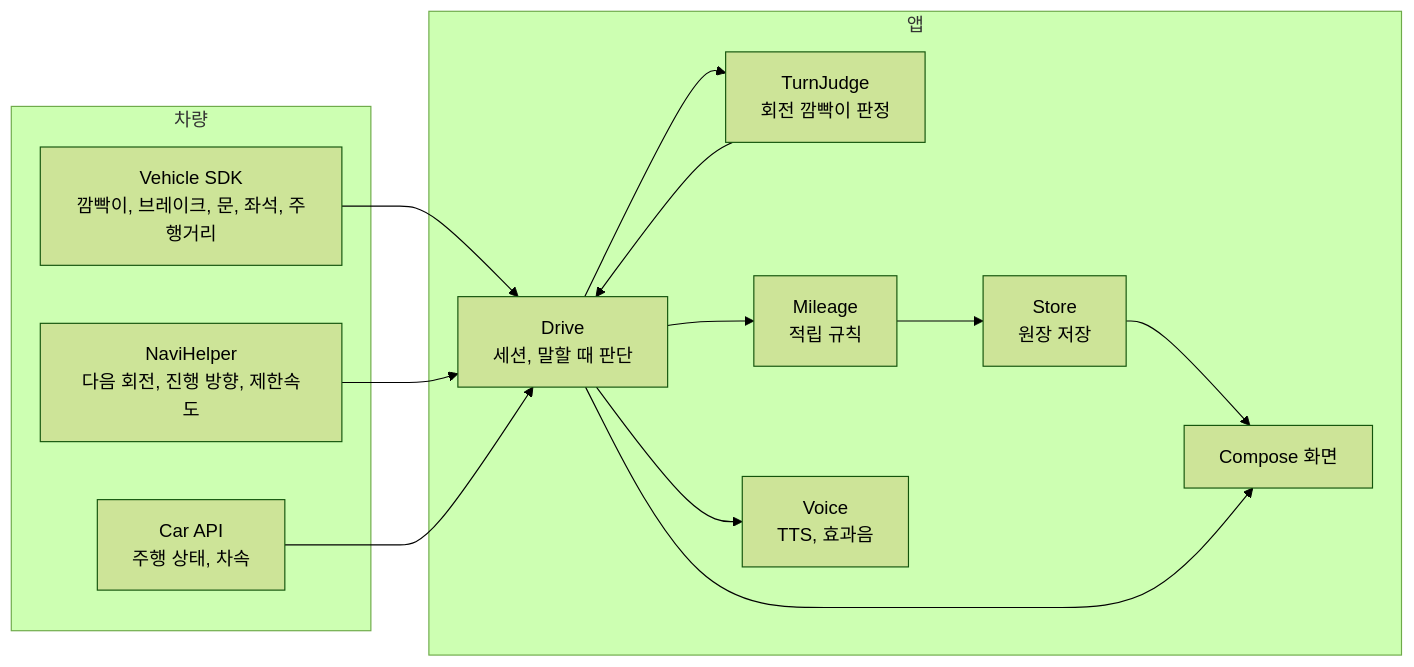
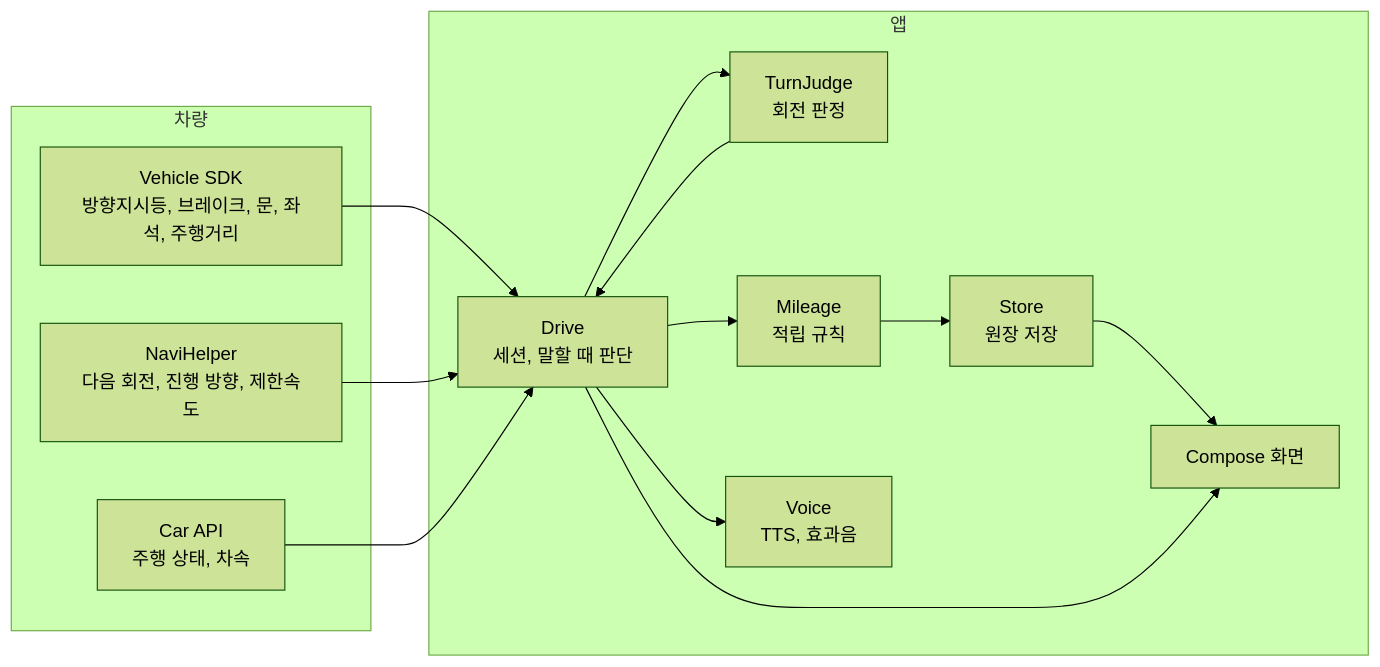
Before and after one commit to wjdtkdgns777/blue-family: the diagram in README.md, drawn with Mermaid (forest theme). The commit also changed other lines of this file, not shown here.

````diff
--- a/README.md
+++ b/README.md
@@ -265,24 +243,24 @@
 ```mermaid
 flowchart LR
     subgraph 차량
-        V[Vehicle SDK<br>깜빡이, 브레이크, 문, 좌석, 주행거리]
+        V[Vehicle SDK<br>방향지시등, 브레이크, 문, 좌석, 주행거리]
         N[NaviHelper<br>다음 회전, 진행 방향, 제한속도]
         C[Car API<br>주행 상태, 차속]
     end
     subgraph 앱
         D[Drive<br>세션, 말할 때 판단]
-        J[TurnJudge<br>회전 깜빡이 판정]
+        J[TurnJudge<br>회전 판정]
         M[Mileage<br>적립 규칙]
         S[Store<br>원장 저장]
         VO[Voice<br>TTS, 효과음]
         UI[Compose 화면]
     end
     V --> D
     N --> D
     C --> D
     D --> J --> D
     D --> M --> S
     D --> VO
     S --> UI
     D --> UI
 ```
````
